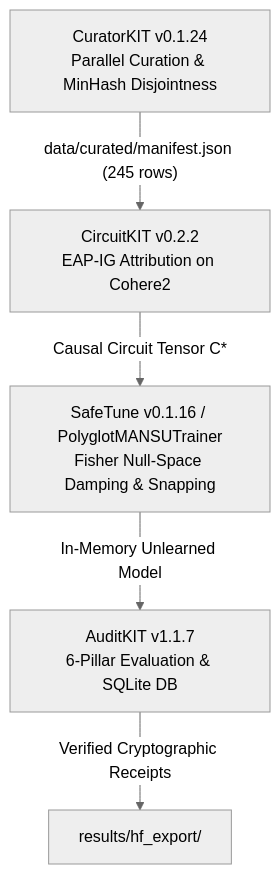
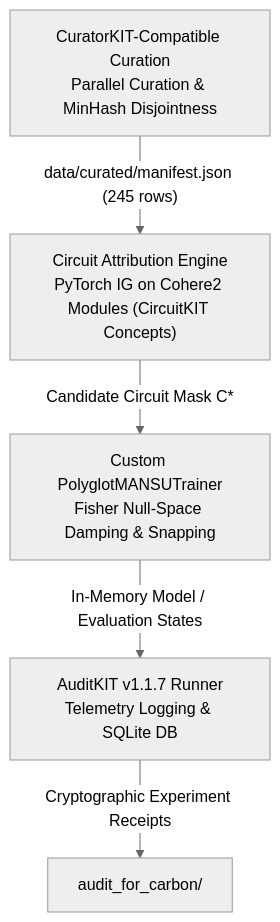
Before and after one commit to Ravikishore710/POLYGLOT-MANSU: the diagram in README.md, drawn with Mermaid (neutral theme). The commit also changed other lines of this file and 10 other files, not shown here.

````diff
--- a/README.md
+++ b/README.md
@@ -125,7 +122,7 @@
 ```mermaid
 flowchart TD
-    A["CuratorKIT v0.1.24<br/>Parallel Curation & MinHash Disjointness"] -->|"data/curated/manifest.json (245 rows)"| B["CircuitKIT v0.2.2<br/>EAP-IG Attribution on Cohere2"]
-    B -->|"Causal Circuit Tensor C*"| C["SafeTune v0.1.16 / PolyglotMANSUTrainer<br/>Fisher Null-Space Damping & Snapping"]
-    C -->|"In-Memory Unlearned Model"| D["AuditKIT v1.1.7<br/>6-Pillar Evaluation & SQLite DB"]
-    D -->|"Verified Cryptographic Receipts"| E["results/hf_export/"]
+    A["CuratorKIT-Compatible Curation<br/>Parallel Curation & MinHash Disjointness"] -->|"data/curated/manifest.json (245 rows)"| B["Circuit Attribution Engine<br/>PyTorch IG on Cohere2 Modules (CircuitKIT Concepts)"]
+    B -->|"Candidate Circuit Mask C*"| C["Custom PolyglotMANSUTrainer<br/>Fisher Null-Space Damping & Snapping"]
+    C -->|"In-Memory Model / Evaluation States"| D["AuditKIT v1.1.7 Runner<br/>Telemetry Logging & SQLite DB"]
+    D -->|"Cryptographic Experiment Receipts"| E["audit_for_carbon/"]
 ```
````
